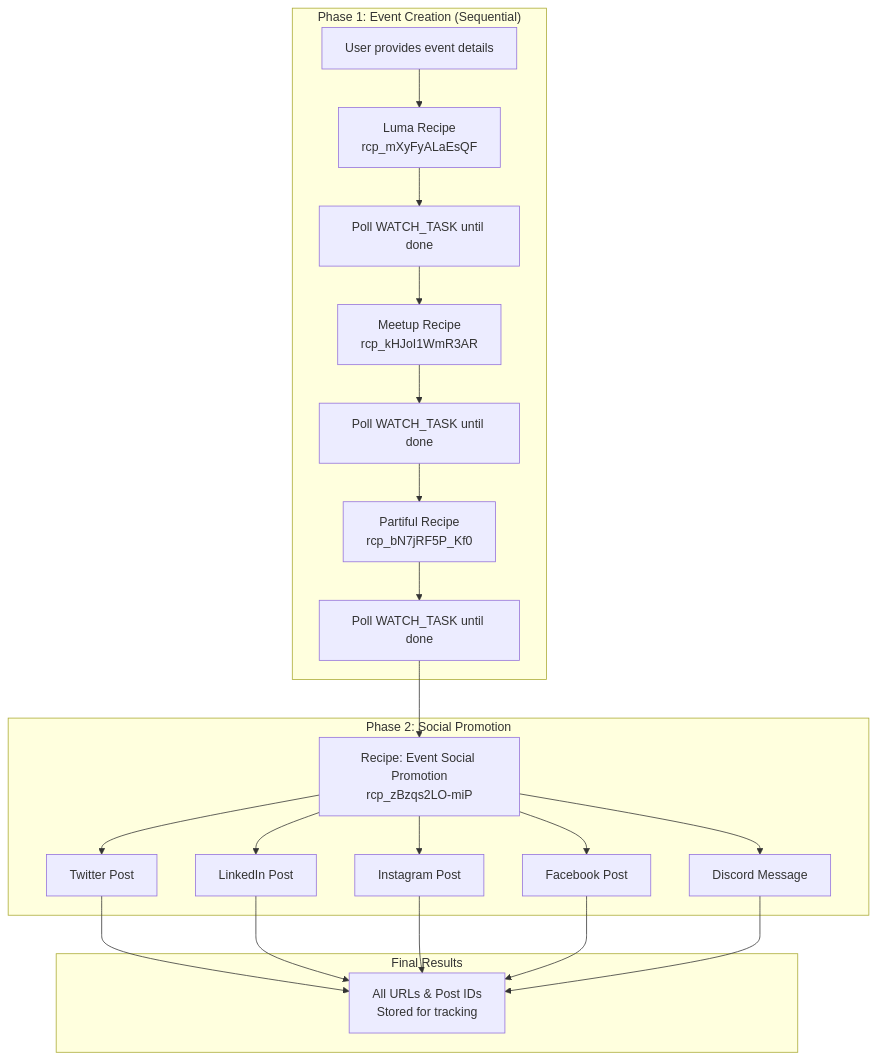
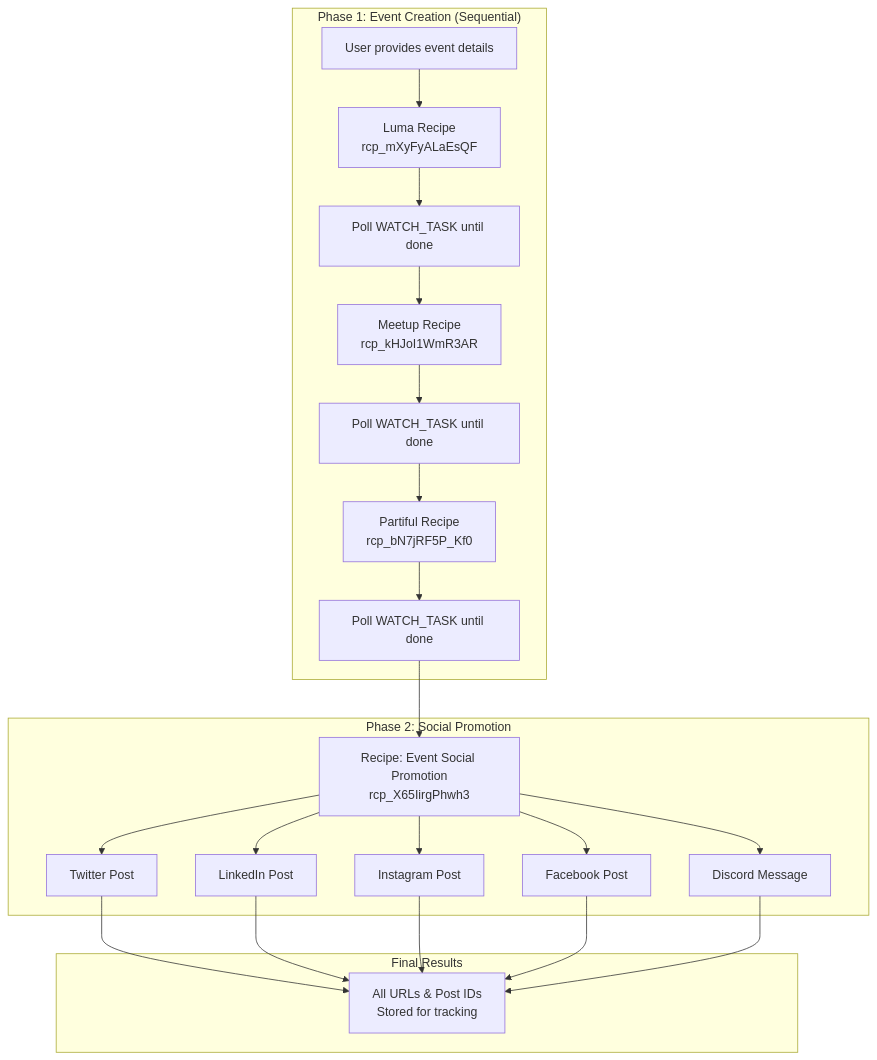
The fifth of 6 diagrams in README.md (Coffee-Code-Philly-Accelerator/CCP-Digital-Marketing), drawn with Mermaid before and after one commit. The commit also changed other lines of this file and 7 other files, not shown here.

First line of the commit message:
Fix social promotion recipe: sequential execution, new recipe ID

````diff
--- a/README.md
+++ b/README.md
@@ -288,24 +288,24 @@
 ```mermaid
 flowchart TD
     subgraph Phase1["Phase 1: Event Creation (Sequential)"]
         A[User provides event details] --> B[Luma Recipe<br/>rcp_mXyFyALaEsQF]
         B --> C[Poll WATCH_TASK until done]
         C --> D[Meetup Recipe<br/>rcp_kHJoI1WmR3AR]
         D --> E[Poll WATCH_TASK until done]
         E --> F[Partiful Recipe<br/>rcp_bN7jRF5P_Kf0]
         F --> G[Poll WATCH_TASK until done]
     end
 
     subgraph Phase2["Phase 2: Social Promotion"]
-        G --> H[Recipe: Event Social Promotion<br/>rcp_zBzqs2LO-miP]
+        G --> H[Recipe: Event Social Promotion<br/>rcp_X65IirgPhwh3]
         H --> I[Twitter Post]
         H --> J[LinkedIn Post]
         H --> K[Instagram Post]
         H --> L[Facebook Post]
         H --> M[Discord Message]
     end
 
     subgraph Results["Final Results"]
         I & J & K & L & M --> N[All URLs & Post IDs<br/>Stored for tracking]
     end
 ```
````
